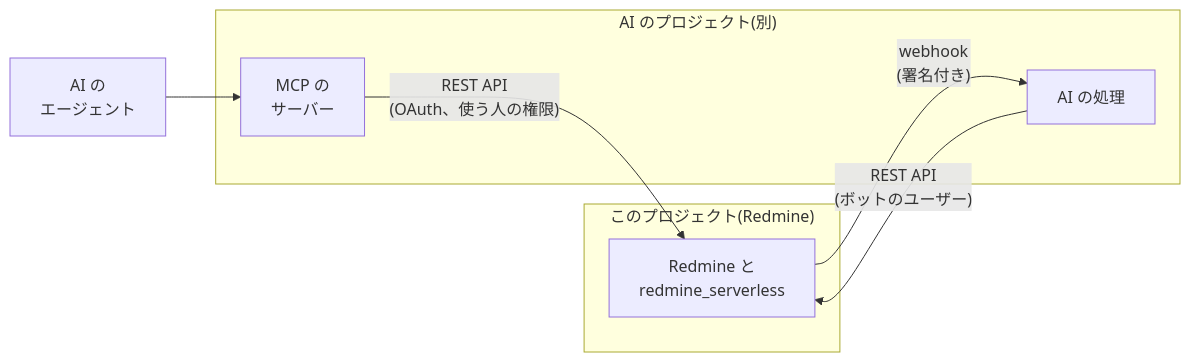
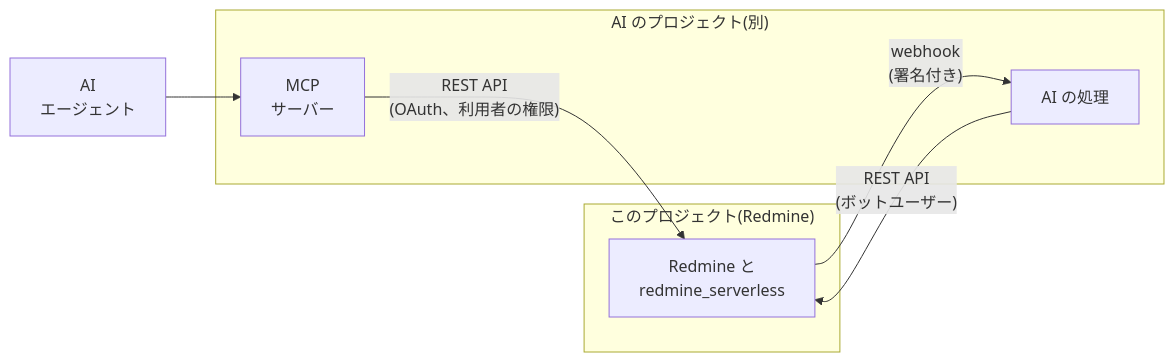
Before and after one commit to redmine-kit/serverless: the diagram in docs/ja/ai.md, drawn with Mermaid. The commit also changed other lines of this file and 19 other files, not shown here.

````diff
--- a/docs/ja/ai.md
+++ b/docs/ja/ai.md
@@ -15,16 +15,16 @@
 ```mermaid
 flowchart LR
   subgraph this["このプロジェクト(Redmine)"]
     redmine["Redmine と<br>redmine_serverless"]
   end
   subgraph ai["AI のプロジェクト(別)"]
     worker["AI の処理"]
-    mcp["MCP の<br>サーバー"]
+    mcp["MCP<br>サーバー"]
   end
-  agent["AI の<br>エージェント"]
+  agent["AI<br>エージェント"]
 
   redmine -- "webhook<br>(署名付き)" --> worker
-  worker -- "REST API<br>(ボットのユーザー)" --> redmine
+  worker -- "REST API<br>(ボットユーザー)" --> redmine
   agent --> mcp
-  mcp -- "REST API<br>(OAuth、使う人の権限)" --> redmine
+  mcp -- "REST API<br>(OAuth、利用者の権限)" --> redmine
 ```
````
